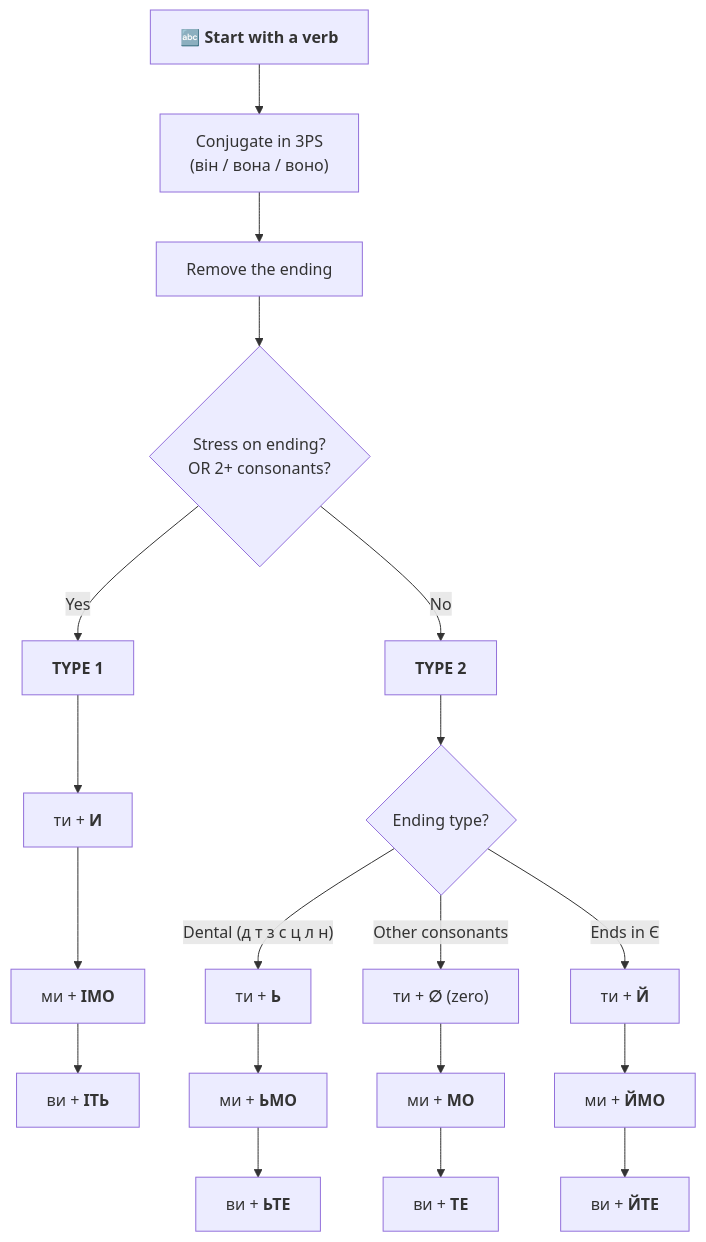
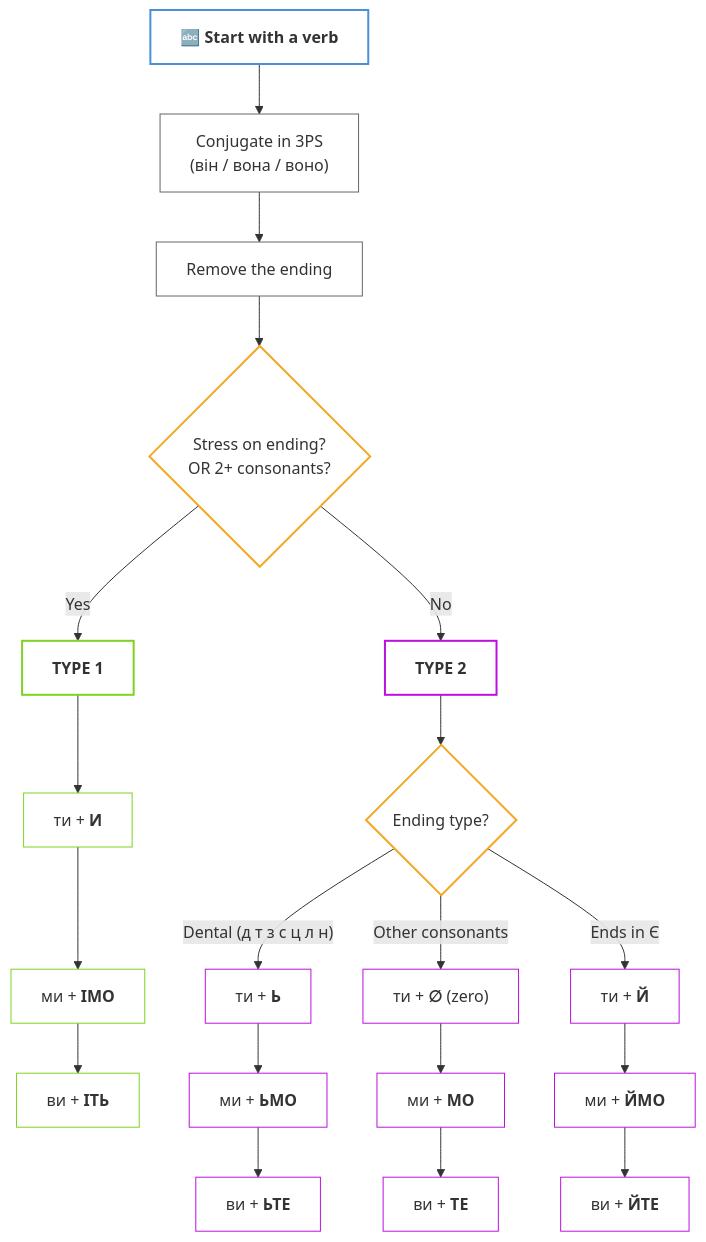
One commit to learn-ukrainian/learn-ukrainian.github.io changed the first of 3 diagrams in docusaurus/docs/a2/module-23.mdx. Above: the diagram before and after it, drawn with Mermaid. The commit also changed other lines of this file and 729 other files, not shown here.

````diff
--- a/docusaurus/docs/a2/module-23.mdx
+++ b/docusaurus/docs/a2/module-23.mdx
@@ -52,27 +52,47 @@
 ```mermaid
 flowchart TD
     A["🔤 <b>Start with a verb</b>"] --> B["Conjugate in 3PS<br />(він / вона / воно)"]
     B --> C["Remove the ending"]
     C --> D{"Stress on ending?<br />OR 2+ consonants?"}
 
     D -->|Yes| E["<b>TYPE 1</b>"]
     D -->|No| F["<b>TYPE 2</b>"]
 
     E --> G["ти + <b>И</b>"]
     G --> H["ми + <b>ІМО</b>"]
     H --> I["ви + <b>ІТЬ</b>"]
 
     F --> J{"Ending type?"}
 
     J -->|"Dental (д т з с ц л н)"| K["ти + <b>Ь</b>"]
     J -->|"Other consonants"| L["ти + <b>∅</b> (zero)"]
     J -->|"Ends in Є"| M["ти + <b>Й</b>"]
 
     K --> N["ми + <b>ЬМО</b>"]
     L --> O["ми + <b>МО</b>"]
     M --> P["ми + <b>ЙМО</b>"]
 
     N --> Q["ви + <b>ЬТЕ</b>"]
     O --> R["ви + <b>ТЕ</b>"]
     P --> S["ви + <b>ЙТЕ</b>"]
+
+    style A fill:#fff,stroke:#4a90d9,stroke-width:2px,color:#333
+    style B fill:#fff,stroke:#666,stroke-width:1px,color:#333
+    style C fill:#fff,stroke:#666,stroke-width:1px,color:#333
+    style D fill:#fff,stroke:#f5a623,stroke-width:2px,color:#333
+    style E fill:#fff,stroke:#7ed321,stroke-width:2px,color:#333
+    style F fill:#fff,stroke:#bd10e0,stroke-width:2px,color:#333
+    style G fill:#fff,stroke:#7ed321,stroke-width:1px,color:#333
+    style H fill:#fff,stroke:#7ed321,stroke-width:1px,color:#333
+    style I fill:#fff,stroke:#7ed321,stroke-width:1px,color:#333
+    style J fill:#fff,stroke:#f5a623,stroke-width:2px,color:#333
+    style K fill:#fff,stroke:#bd10e0,stroke-width:1px,color:#333
+    style L fill:#fff,stroke:#bd10e0,stroke-width:1px,color:#333
+    style M fill:#fff,stroke:#bd10e0,stroke-width:1px,color:#333
+    style N fill:#fff,stroke:#bd10e0,stroke-width:1px,color:#333
+    style O fill:#fff,stroke:#bd10e0,stroke-width:1px,color:#333
+    style P fill:#fff,stroke:#bd10e0,stroke-width:1px,color:#333
+    style Q fill:#fff,stroke:#bd10e0,stroke-width:1px,color:#333
+    style R fill:#fff,stroke:#bd10e0,stroke-width:1px,color:#333
+    style S fill:#fff,stroke:#bd10e0,stroke-width:1px,color:#333
 ```
````
